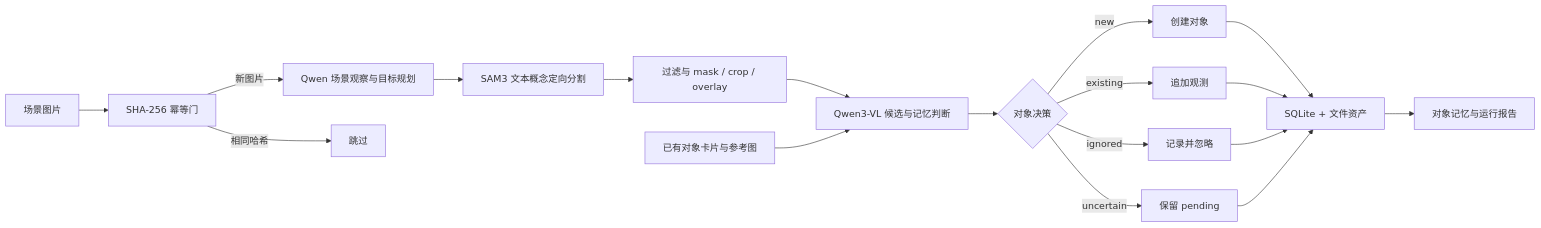
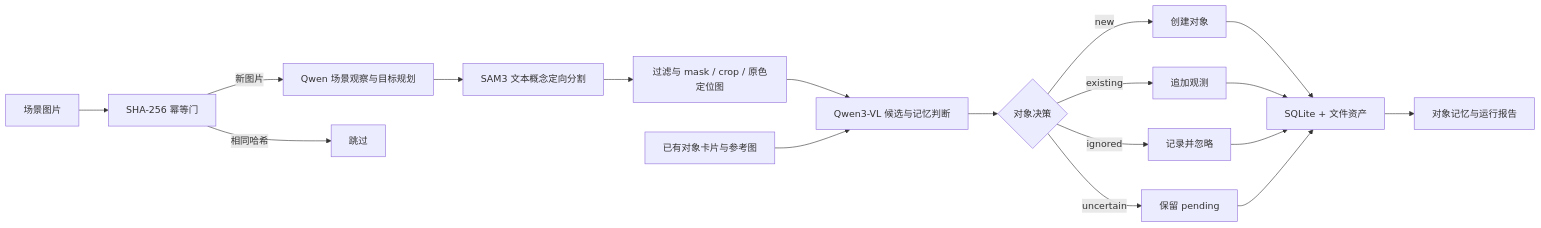
Before and after one commit to xlcooper/Collection-Demo: the diagram in README.md, drawn with Mermaid. The commit also changed other lines of this file and 314 other files, not shown here.

````diff
--- a/README.md
+++ b/README.md
@@ -11,20 +11,20 @@
 ```mermaid
 flowchart LR
     A["场景图片"] --> B["SHA-256 幂等门"]
     B -->|"新图片"| C["Qwen 场景观察与目标规划"]
     B -->|"相同哈希"| Z["跳过"]
     C --> D["SAM3 文本概念定向分割"]
-    D --> E["过滤与 mask / crop / overlay"]
+    D --> E["过滤与 mask / crop / 原色定位图"]
     E --> F["Qwen3-VL 候选与记忆判断"]
     M["已有对象卡片与参考图"] --> F
     F --> G{"对象决策"}
     G -->|"new"| H["创建对象"]
     G -->|"existing"| I["追加观测"]
     G -->|"ignored"| J["记录并忽略"]
     G -->|"uncertain"| K["保留 pending"]
     H --> L["SQLite + 文件资产"]
     I --> L
     J --> L
     K --> L
     L --> N["对象记忆与运行报告"]
 ```
````
